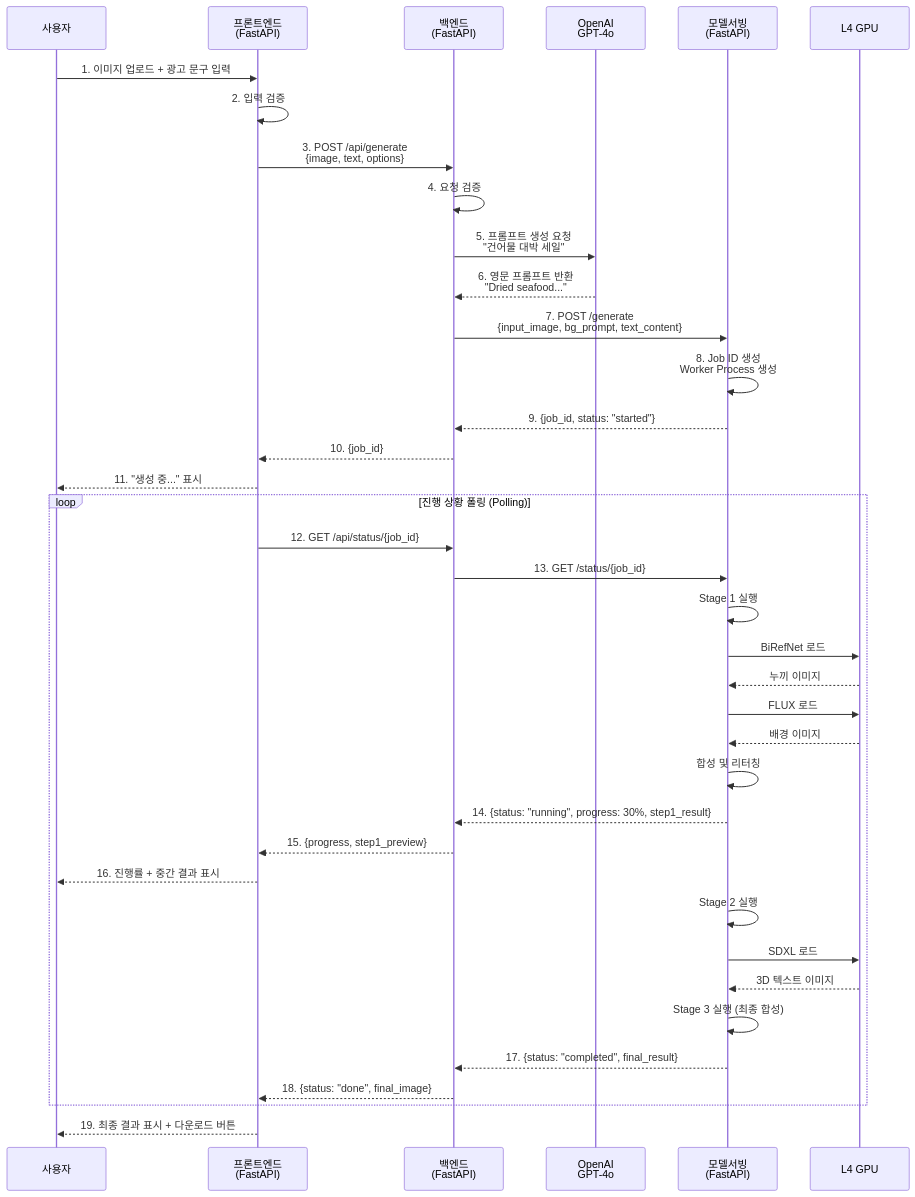
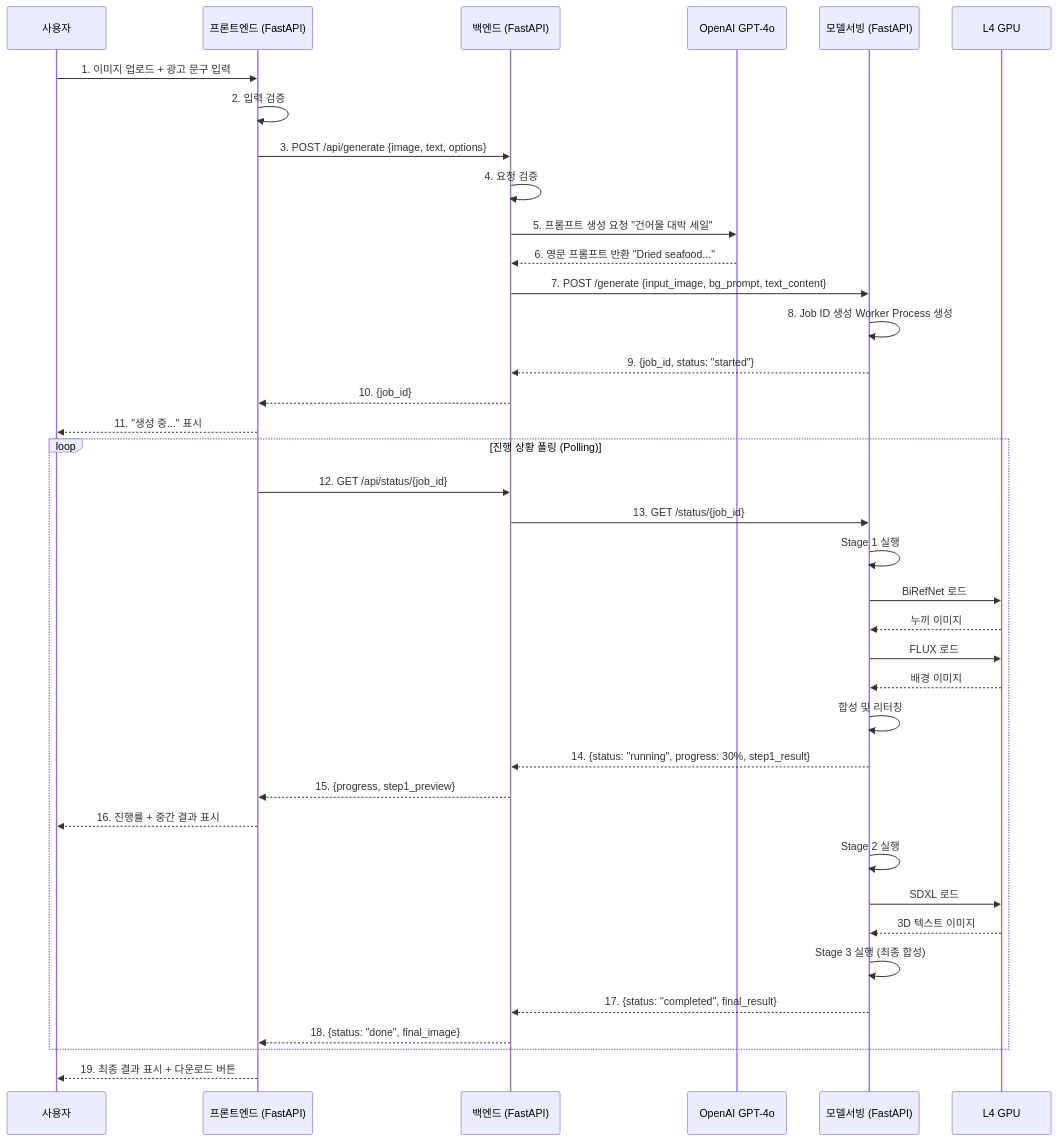
The third of 3 diagrams in docs/index.md (krapnuyij/codeit-ai-3team-ad-content), drawn with Mermaid before and after one commit. The commit also changed other lines of this file and 10 other files, not shown here.

````diff
--- a/docs/index.md
+++ b/docs/index.md
@@ -122,49 +135,49 @@
 ```mermaid
 sequenceDiagram
     participant User as 사용자
-    participant FE as 프론트엔드<br/>(FastAPI)
-    participant BE as 백엔드<br/>(FastAPI)
-    participant LLM as OpenAI<br/>GPT-4o
-    participant MS as 모델서빙<br/>(FastAPI)
+    participant FE as 프론트엔드 (FastAPI)
+    participant BE as 백엔드 (FastAPI)
+    participant LLM as OpenAI GPT-4o
+    participant MS as 모델서빙 (FastAPI)
     participant GPU as L4 GPU
 
     User->>FE: 1. 이미지 업로드 + 광고 문구 입력
     FE->>FE: 2. 입력 검증
-    FE->>BE: 3. POST /api/generate<br/>{image, text, options}
+    FE->>BE: 3. POST /api/generate {image, text, options}
 
     BE->>BE: 4. 요청 검증
-    BE->>LLM: 5. 프롬프트 생성 요청<br/>"건어물 대박 세일"
-    LLM-->>BE: 6. 영문 프롬프트 반환<br/>"Dried seafood..."
+    BE->>LLM: 5. 프롬프트 생성 요청 "건어물 대박 세일"
+    LLM-->>BE: 6. 영문 프롬프트 반환 "Dried seafood..."
 
-    BE->>MS: 7. POST /generate<br/>{input_image, bg_prompt, text_content}
-    MS->>MS: 8. Job ID 생성<br/>Worker Process 생성
+    BE->>MS: 7. POST /generate {input_image, bg_prompt, text_content}
+    MS->>MS: 8. Job ID 생성 Worker Process 생성
     MS-->>BE: 9. {job_id, status: "started"}
     BE-->>FE: 10. {job_id}
     FE-->>User: 11. "생성 중..." 표시
 
     loop 진행 상황 폴링 (Polling)
         FE->>BE: 12. GET /api/status/{job_id}
         BE->>MS: 13. GET /status/{job_id}
 
         MS->>MS: Stage 1 실행
         MS->>GPU: BiRefNet 로드
         GPU-->>MS: 누끼 이미지
         MS->>GPU: FLUX 로드
         GPU-->>MS: 배경 이미지
         MS->>MS: 합성 및 리터칭
 
         MS-->>BE: 14. {status: "running", progress: 30%, step1_result}
         BE-->>FE: 15. {progress, step1_preview}
         FE-->>User: 16. 진행률 + 중간 결과 표시
 
         MS->>MS: Stage 2 실행
         MS->>GPU: SDXL 로드
         GPU-->>MS: 3D 텍스트 이미지
 
         MS->>MS: Stage 3 실행 (최종 합성)
         MS-->>BE: 17. {status: "completed", final_result}
         BE-->>FE: 18. {status: "done", final_image}
     end
 
     FE-->>User: 19. 최종 결과 표시 + 다운로드 버튼
 ```
````
